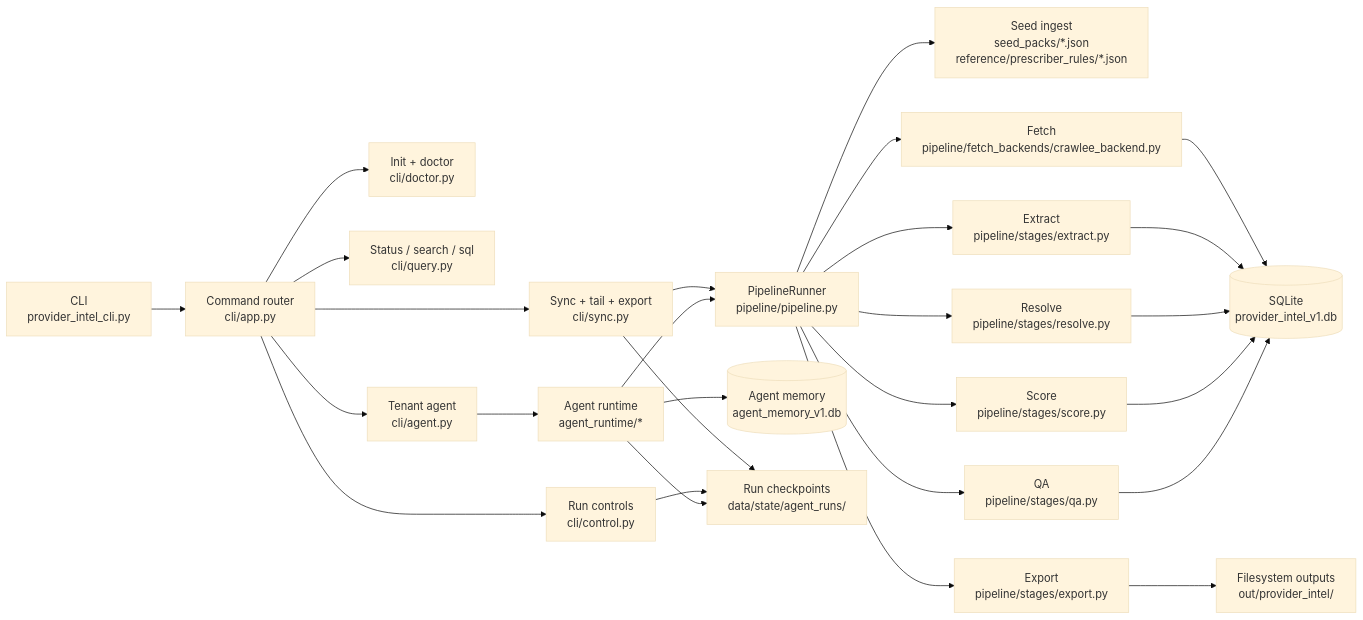
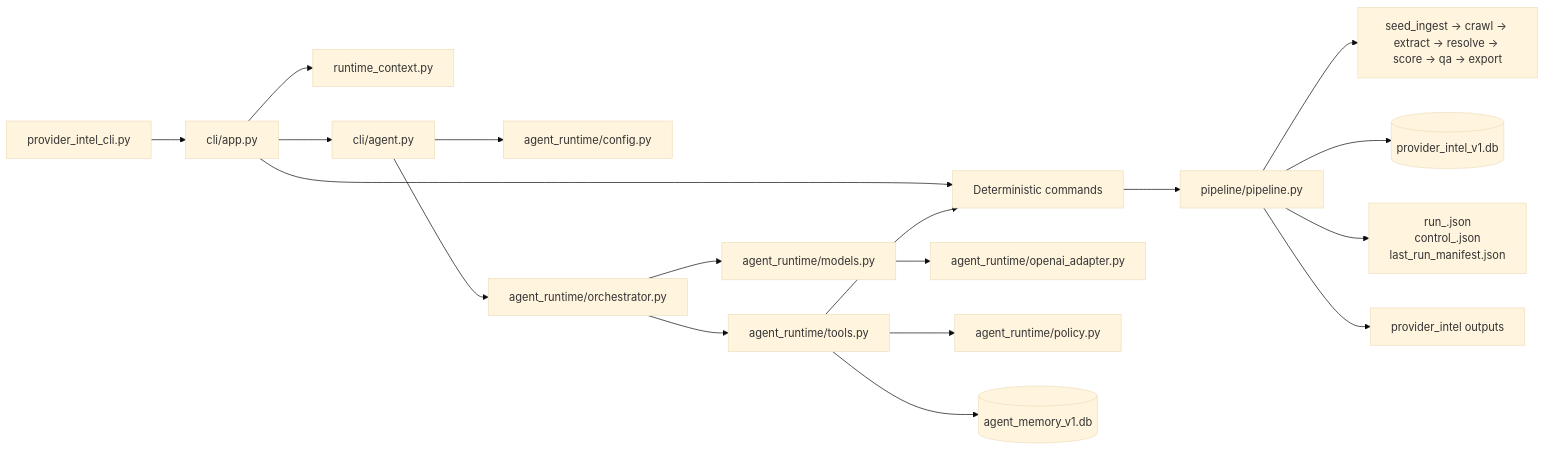
Before and after one commit to MikesHorcrux/ABAProviderIntelligenceEngine: the second of 4 diagrams in docs/architecture.md, drawn with Mermaid (base theme). The commit also changed other lines of this file and 11 other files, not shown here.

Commit message:
Update docs for tenant agent control plane

````diff
--- a/docs/architecture.md
+++ b/docs/architecture.md
@@ -25,31 +100,22 @@
 ```mermaid
 flowchart LR
-  CLI["CLI\nprovider_intel_cli.py"] --> APP["Command router\ncli/app.py"]
-  APP --> INIT["Init + doctor\ncli/doctor.py"]
-  APP --> SYNC["Sync + tail + export\ncli/sync.py"]
-  APP --> QUERY["Status / search / sql\ncli/query.py"]
-  APP --> CONTROL["Run controls\ncli/control.py"]
-  APP --> AGENT["Tenant agent\ncli/agent.py"]
+  CLI["provider_intel_cli.py"] --> APP["cli/app.py"]
+  APP --> RCX["runtime_context.py"]
+  APP --> DET["Deterministic commands"]
+  APP --> AG["cli/agent.py"]
 
-  SYNC --> RUNNER["PipelineRunner\npipeline/pipeline.py"]
-  AGENT --> AR["Agent runtime\nagent_runtime/*"]
-  AR --> RUNNER
-  AR --> MEM[("Agent memory\nagent_memory_v1.db")]
-  RUNNER --> SEEDS["Seed ingest\nseed_packs/*.json\nreference/prescriber_rules/*.json"]
-  RUNNER --> FETCH["Fetch\npipeline/fetch_backends/crawlee_backend.py"]
-  RUNNER --> EXTRACT["Extract\npipeline/stages/extract.py"]
-  RUNNER --> RESOLVE["Resolve\npipeline/stages/resolve.py"]
-  RUNNER --> SCORE["Score\npipeline/stages/score.py"]
-  RUNNER --> QA["QA\npipeline/stages/qa.py"]
-  RUNNER --> EXPORT["Export\npipeline/stages/export.py"]
+  DET --> PIPE["pipeline/pipeline.py"]
+  PIPE --> STAGES["seed_ingest -> crawl -> extract -> resolve -> score -> qa -> export"]
+  PIPE --> DB[("provider_intel_v1.db")]
+  PIPE --> STATE["run_<id>.json\ncontrol_<id>.json\nlast_run_manifest.json"]
+  PIPE --> OUT["provider_intel outputs"]
 
-  FETCH --> DB[("SQLite\nprovider_intel_v1.db")]
-  EXTRACT --> DB
-  RESOLVE --> DB
-  SCORE --> DB
-  QA --> DB
-  EXPORT --> OUT["Filesystem outputs\nout/provider_intel/"]
-  SYNC --> STATE["Run checkpoints\n data/state/agent_runs/"]
-  CONTROL --> STATE
-  AR --> STATE
+  AG --> CFG["agent_runtime/config.py"]
+  AG --> ORCH["agent_runtime/orchestrator.py"]
+  ORCH --> MOD["agent_runtime/models.py"]
+  MOD --> OAI["agent_runtime/openai_adapter.py"]
+  ORCH --> TOOLS["agent_runtime/tools.py"]
+  TOOLS --> POLICY["agent_runtime/policy.py"]
+  TOOLS --> MEM[("agent_memory_v1.db")]
+  TOOLS --> DET
 ```
````
